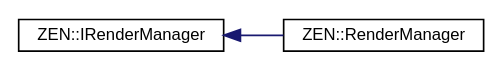
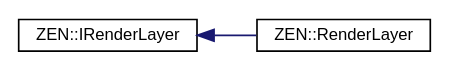
Before and after one commit to markhj/zeronetics: the diagram in inherit_graph_16.dot, drawn with Graphviz. The commit also changed 200 other files, not shown here.

```diff
--- a/inherit_graph_16.dot
+++ b/inherit_graph_16.dot
@@ -1,10 +1,10 @@
 digraph "Graphical Class Hierarchy"
 {
  // LATEX_PDF_SIZE
   edge [fontname="Helvetica",fontsize="10",labelfontname="Helvetica",labelfontsize="10"];
   node [fontname="Helvetica",fontsize="10",shape=record];
   rankdir="LR";
-  Node0 [label="ZEN::IRenderManager",height=0.2,width=0.4,color="black", fillcolor="white", style="filled",URL="$structZEN_1_1IRenderManager.html",tooltip=" "];
+  Node0 [label="ZEN::IRenderLayer",height=0.2,width=0.4,color="black", fillcolor="white", style="filled",URL="$structZEN_1_1IRenderLayer.html",tooltip=" "];
   Node0 -> Node1 [dir="back",color="midnightblue",fontsize="10",style="solid",fontname="Helvetica"];
-  Node1 [label="ZEN::RenderManager",height=0.2,width=0.4,color="black", fillcolor="white", style="filled",URL="$structZEN_1_1RenderManager.html",tooltip=" "];
+  Node1 [label="ZEN::RenderLayer",height=0.2,width=0.4,color="black", fillcolor="white", style="filled",URL="$structZEN_1_1RenderLayer.html",tooltip=" "];
 }
```
